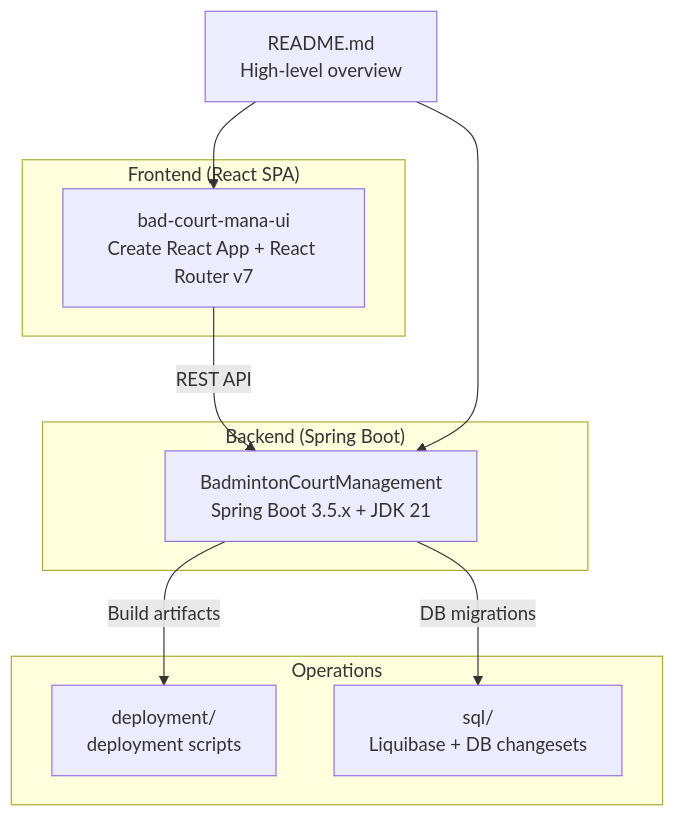
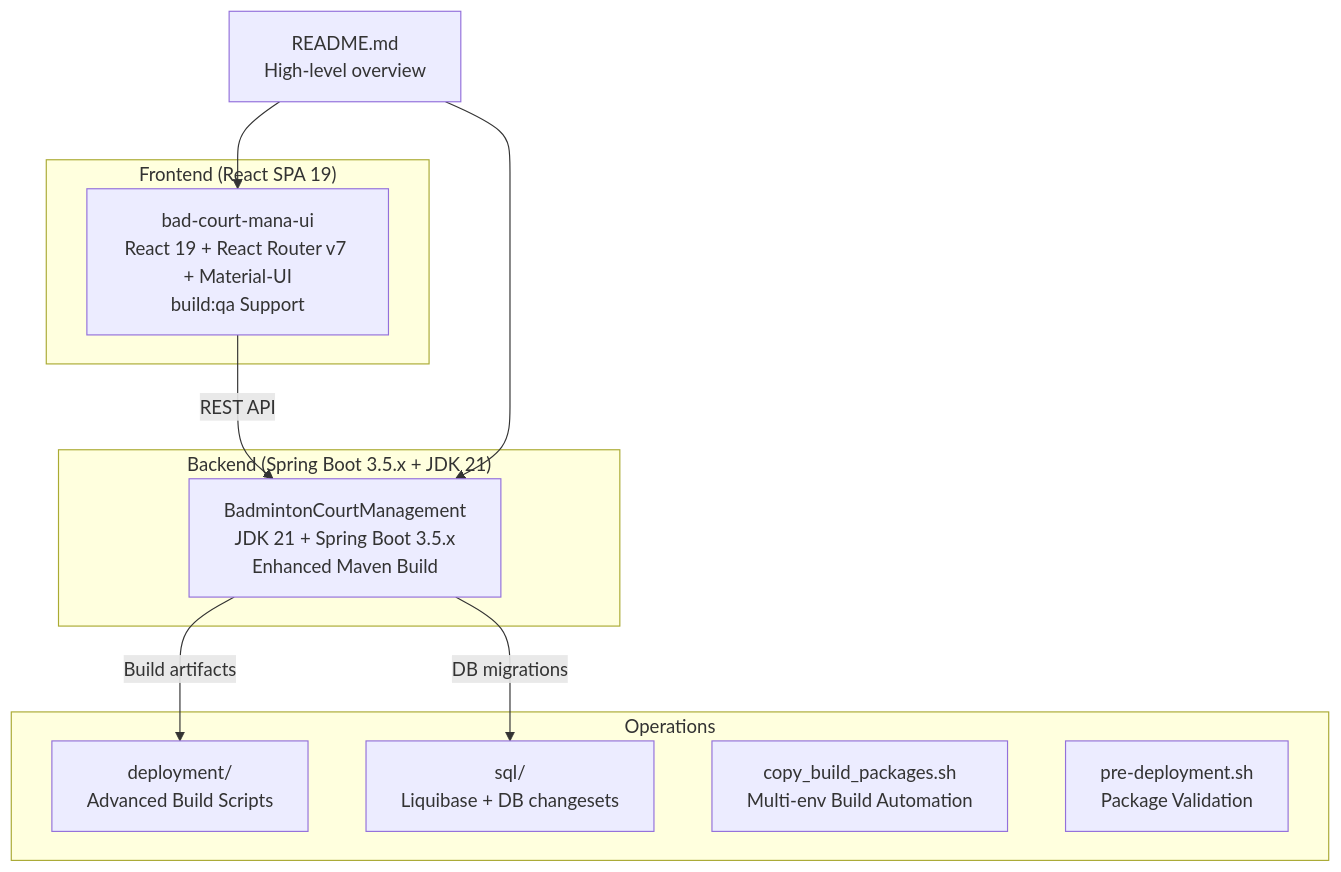
One commit to Vissel/badminton-court-management changed the first of 8 diagrams in .qoder/repowiki/en/content/Development Guidelines.md. Above: the diagram before and after it, drawn with Mermaid. The commit also changed other lines of this file and 36 other files, not shown here.

````diff
--- a/.qoder/repowiki/en/content/Development Guidelines.md
+++ b/.qoder/repowiki/en/content/Development Guidelines.md
@@ -43,19 +58,21 @@
 ```mermaid
 graph TB
-subgraph "Backend (Spring Boot)"
-A["BadmintonCourtManagement<br/>Spring Boot 3.5.x + JDK 21"]
+subgraph "Backend (Spring Boot 3.5.x + JDK 21)"
+A["BadmintonCourtManagement<br/>JDK 21 + Spring Boot 3.5.x<br/>Enhanced Maven Build"]
 end
-subgraph "Frontend (React SPA)"
-B["bad-court-mana-ui<br/>Create React App + React Router v7"]
+subgraph "Frontend (React SPA 19)"
+B["bad-court-mana-ui<br/>React 19 + React Router v7 + Material-UI<br/>build:qa Support"]
 end
 subgraph "Operations"
-C["deployment/<br/>deployment scripts"]
+C["deployment/<br/>Advanced Build Scripts"]
 D["sql/<br/>Liquibase + DB changesets"]
+E["copy_build_packages.sh<br/>Multi-env Build Automation"]
+F["pre-deployment.sh<br/>Package Validation"]
 end
-E["README.md<br/>High-level overview"]
+G["README.md<br/>High-level overview"]
 B --> |"REST API"| A
 A --> |"DB migrations"| D
 A --> |"Build artifacts"| C
-E --> A
-E --> B
+G --> A
+G --> B
 ```
````
